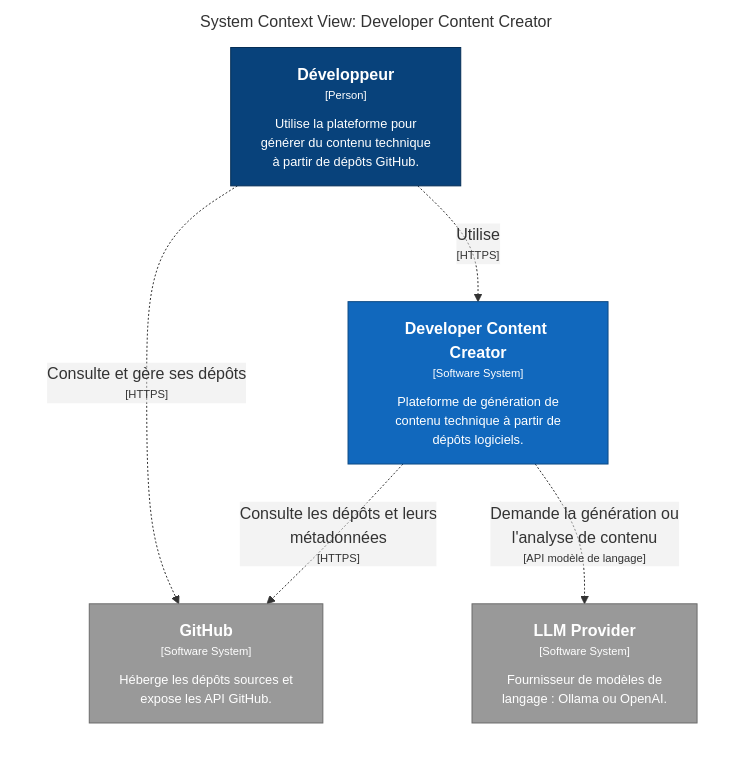
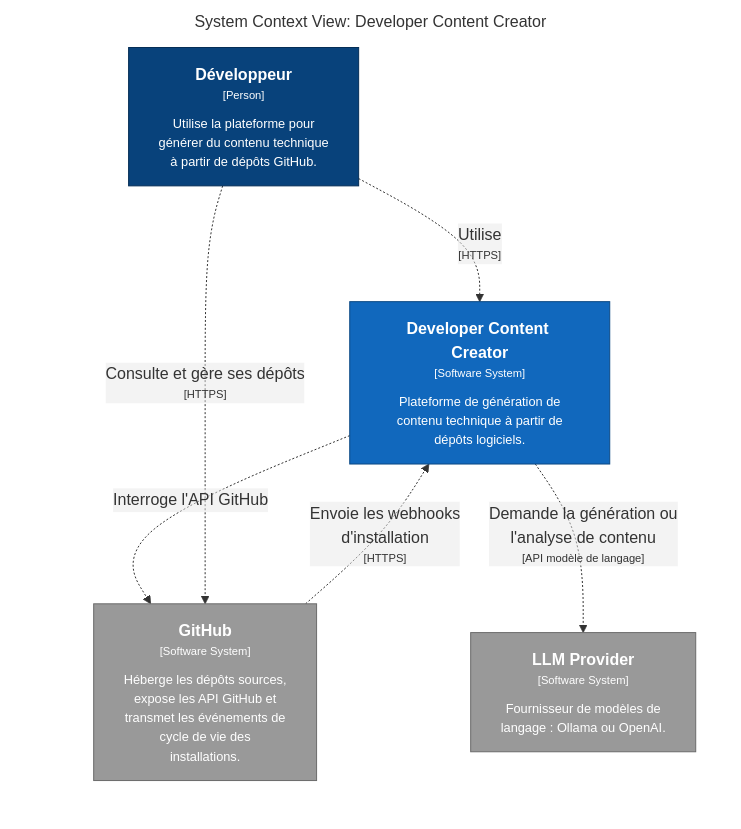
One commit to dso2530/developer-content-creator changed the diagram in docs/architecture/c4/diagrams/structurizr-C1-System-Context.mmd. Above: the diagram before and after it, drawn with Mermaid. The commit also changed 8 other files, not shown here.

Commit message:
docs(architecture): automate C4 diagram generation and validation

```diff
--- a/docs/architecture/c4/diagrams/structurizr-C1-System-Context.mmd
+++ b/docs/architecture/c4/diagrams/structurizr-C1-System-Context.mmd
@@ -1,21 +1,22 @@
 graph LR
   linkStyle default fill:#ffffff
 
   subgraph diagram ["System Context View: Developer Content Creator"]
     style diagram fill:#ffffff,stroke:#ffffff
 
     1["<div style='font-weight: bold'>Développeur</div><div style='font-size: 70%; margin-top: 0px'>[Person]</div><div style='font-size: 80%; margin-top:10px'>Utilise la plateforme pour<br />générer du contenu technique<br />à partir de dépôts GitHub.</div>"]
     style 1 fill:#08427b,stroke:#052e56,color:#ffffff
-    2["<div style='font-weight: bold'>GitHub</div><div style='font-size: 70%; margin-top: 0px'>[Software System]</div><div style='font-size: 80%; margin-top:10px'>Héberge les dépôts sources et<br />expose les API GitHub.</div>"]
+    2["<div style='font-weight: bold'>GitHub</div><div style='font-size: 70%; margin-top: 0px'>[Software System]</div><div style='font-size: 80%; margin-top:10px'>Héberge les dépôts sources,<br />expose les API GitHub et<br />transmet les événements de<br />cycle de vie des<br />installations.</div>"]
     style 2 fill:#999999,stroke:#6b6b6b,color:#ffffff
     3["<div style='font-weight: bold'>LLM Provider</div><div style='font-size: 70%; margin-top: 0px'>[Software System]</div><div style='font-size: 80%; margin-top:10px'>Fournisseur de modèles de<br />langage : Ollama ou OpenAI.</div>"]
     style 3 fill:#999999,stroke:#6b6b6b,color:#ffffff
     4["<div style='font-weight: bold'>Developer Content Creator</div><div style='font-size: 70%; margin-top: 0px'>[Software System]</div><div style='font-size: 80%; margin-top:10px'>Plateforme de génération de<br />contenu technique à partir de<br />dépôts logiciels.</div>"]
     style 4 fill:#1168bd,stroke:#0b4884,color:#ffffff
 
+    4-. "<div>Interroge l'API GitHub</div><div style='font-size: 70%'></div>" .->2
     1-. "<div>Utilise</div><div style='font-size: 70%'>[HTTPS]</div>" .->4
     1-. "<div>Consulte et gère ses dépôts</div><div style='font-size: 70%'>[HTTPS]</div>" .->2
-    4-. "<div>Consulte les dépôts et leurs<br />métadonnées</div><div style='font-size: 70%'>[HTTPS]</div>" .->2
+    2-. "<div>Envoie les webhooks<br />d'installation</div><div style='font-size: 70%'>[HTTPS]</div>" .->4
     4-. "<div>Demande la génération ou<br />l'analyse de contenu</div><div style='font-size: 70%'>[API modèle de langage]</div>" .->3
 
   end
```
